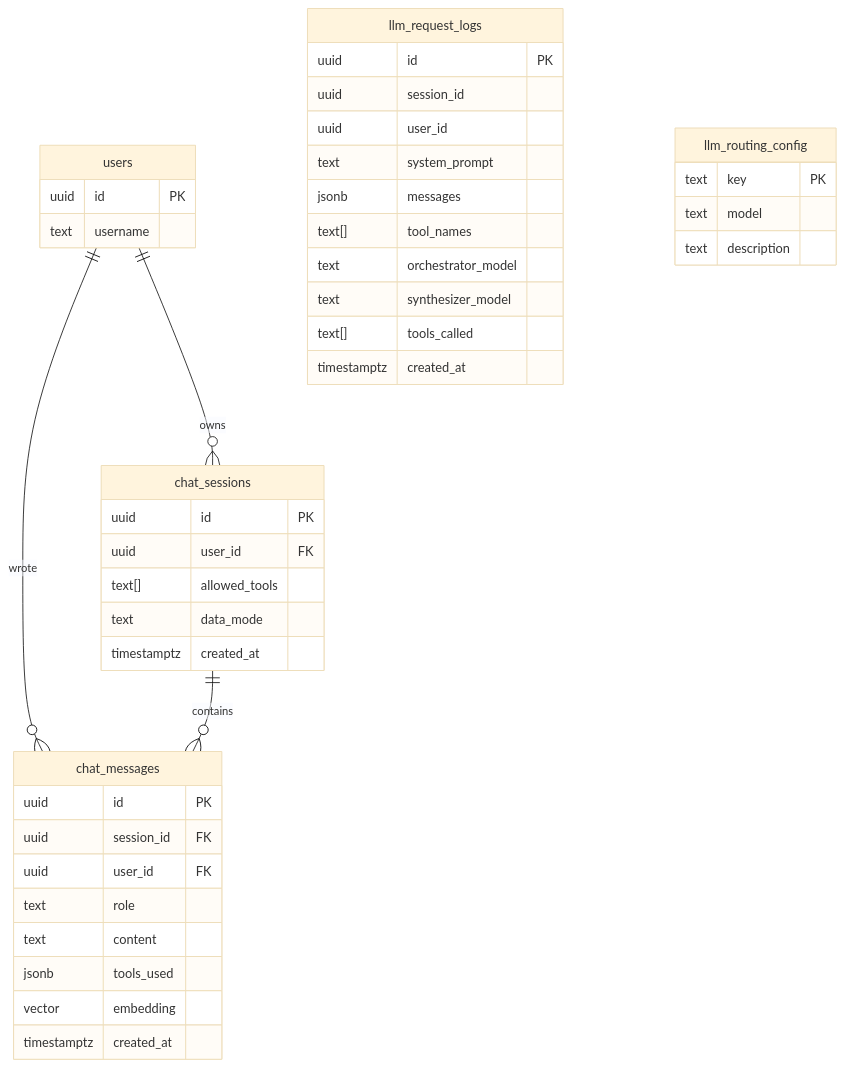
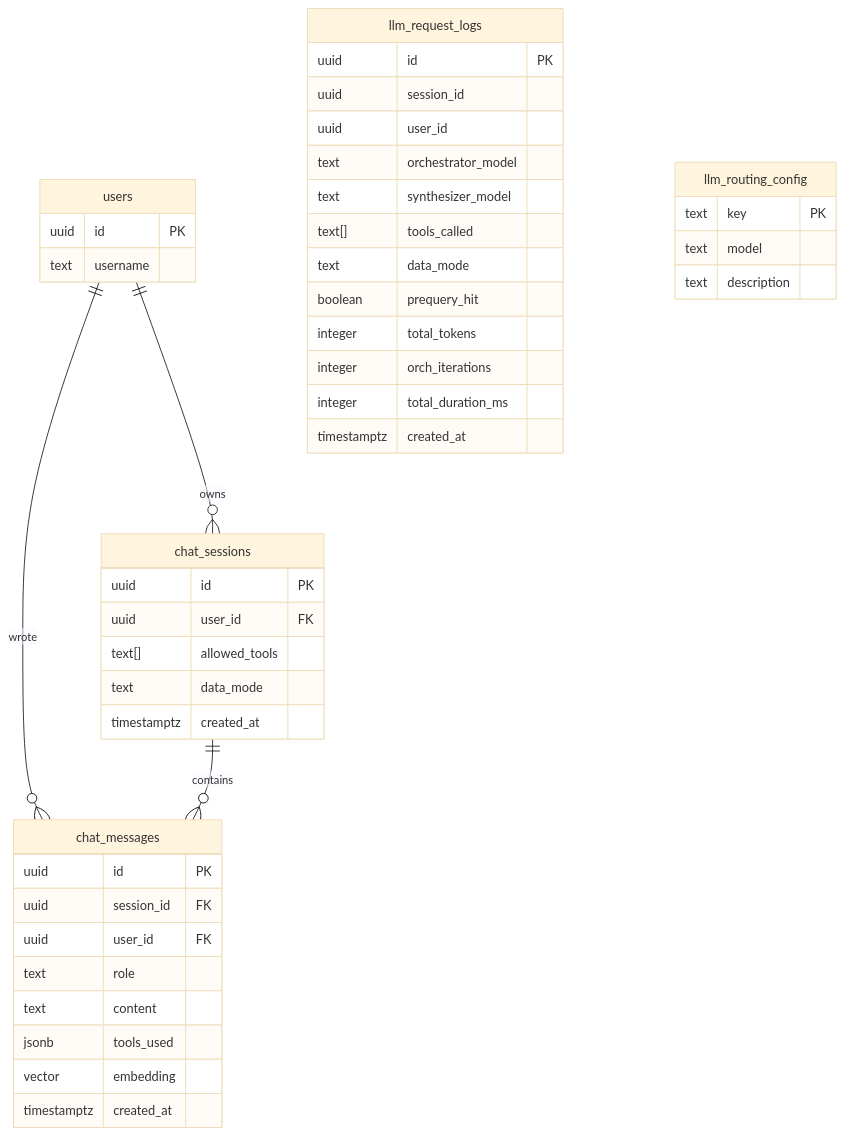
The third of 4 diagrams in DattoLLM-main/docs/DATABASE.md (impie0/dattobrain), drawn with Mermaid (base theme) before and after one commit. The commit also changed other lines of this file and 50 other files, not shown here.

````diff
--- a/DattoLLM-main/docs/DATABASE.md
+++ b/DattoLLM-main/docs/DATABASE.md
@@ -200,45 +200,47 @@
 ```mermaid
 erDiagram
     users {
         uuid id PK
         text username
     }
     chat_sessions {
         uuid id PK
         uuid user_id FK
         text[] allowed_tools
         text data_mode
         timestamptz created_at
     }
     chat_messages {
         uuid id PK
         uuid session_id FK
         uuid user_id FK
         text role
         text content
         jsonb tools_used
         vector embedding
         timestamptz created_at
     }
     llm_request_logs {
         uuid id PK
         uuid session_id
         uuid user_id
-        text system_prompt
-        jsonb messages
-        text[] tool_names
         text orchestrator_model
         text synthesizer_model
         text[] tools_called
+        text data_mode
+        boolean prequery_hit
+        integer total_tokens
+        integer orch_iterations
+        integer total_duration_ms
         timestamptz created_at
     }
     llm_routing_config {
         text key PK
         text model
         text description
     }
 
     users ||--o{ chat_sessions : "owns"
     users ||--o{ chat_messages : "wrote"
     chat_sessions ||--o{ chat_messages : "contains"
 ```
````
